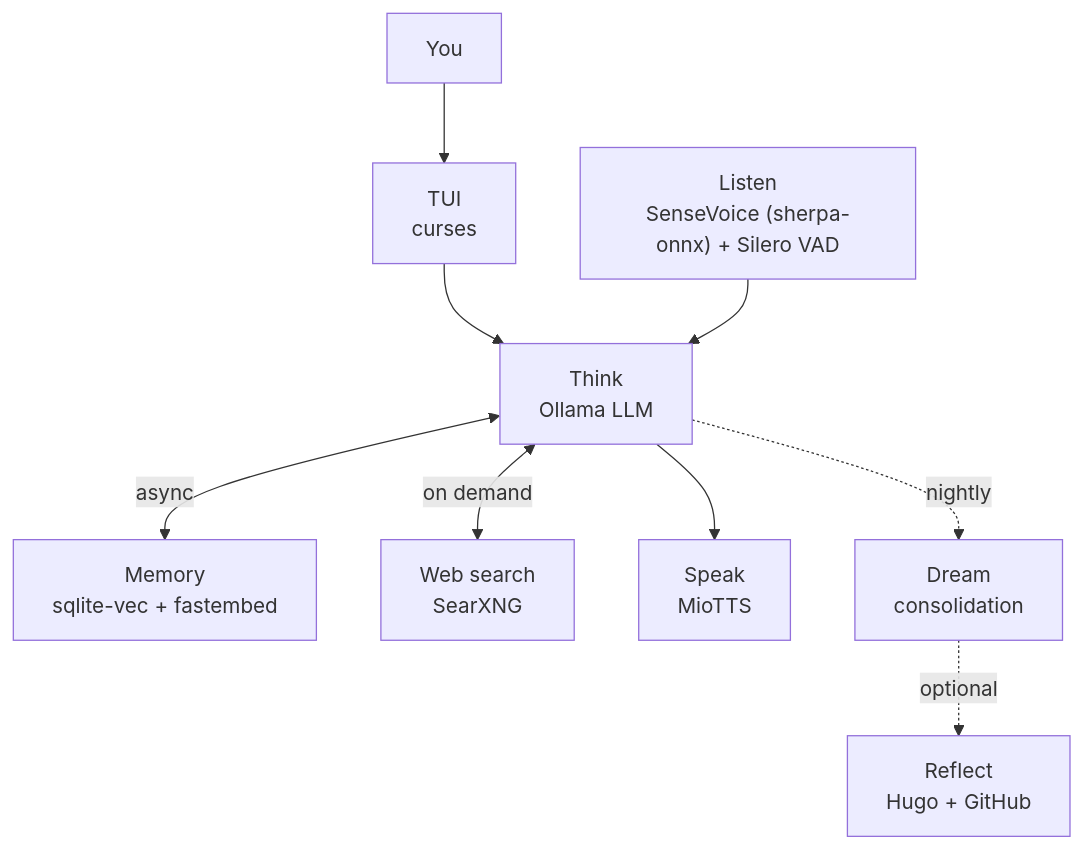
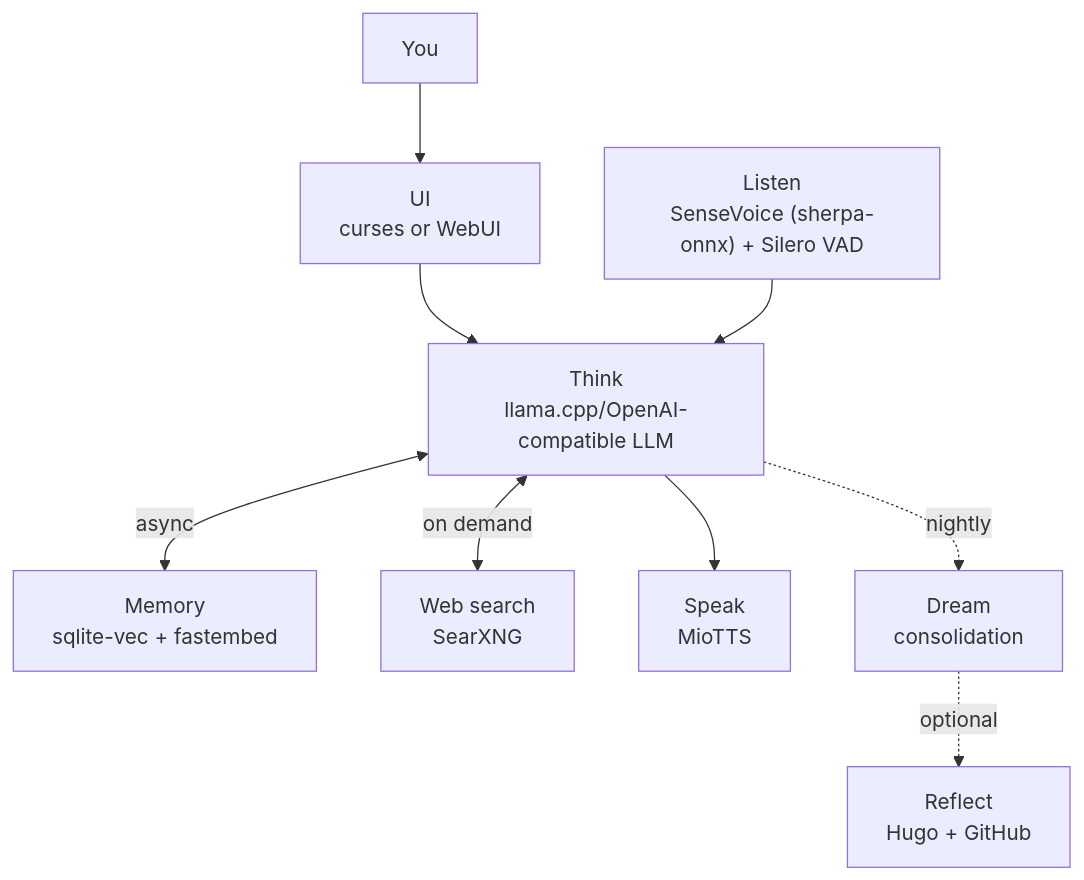
One commit to OppaAI/Aiko-chan changed the diagram in README.md. Above: the diagram before and after it, drawn with Mermaid. The commit also changed other lines of this file and 4 other files, not shown here.

````diff
--- a/README.md
+++ b/README.md
@@ -66,11 +65,11 @@
 ```mermaid
 flowchart TD
-    YOU[You] --> TUI[TUI\ncurses]
-    TUI --> THINK[Think\nOllama LLM]
+    YOU[You] --> UI[UI\ncurses or WebUI]
+    UI --> THINK[Think\nllama.cpp/OpenAI-compatible LLM]
     THINK <-->|async| MEM[Memory\nsqlite-vec + fastembed]
     THINK <-->|on demand| SEARCH[Web search\nSearXNG]
     THINK --> SPEAK[Speak\nMioTTS]
     LISTEN["Listen\nSenseVoice (sherpa-onnx) + Silero VAD"] --> THINK
     THINK -.->|nightly| DREAM[Dream\nconsolidation]
     DREAM -.->|optional| REFLECT[Reflect\nHugo + GitHub]
 ```
````
